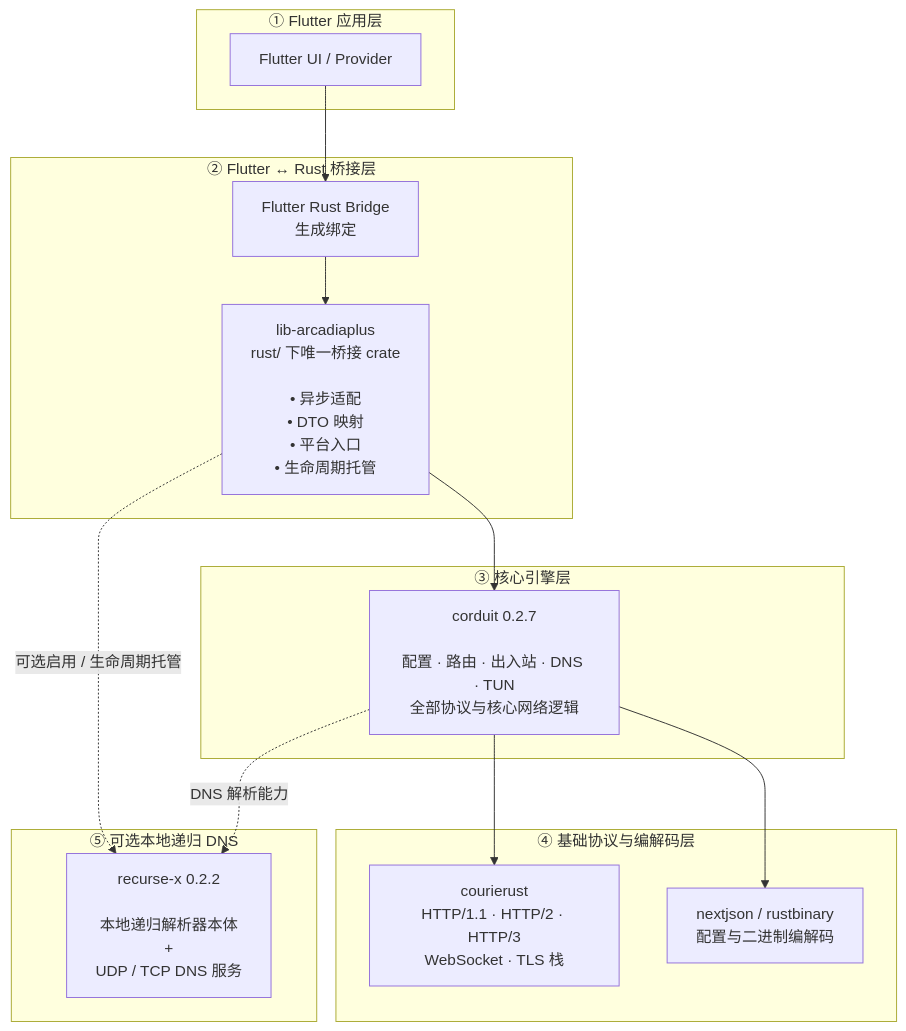
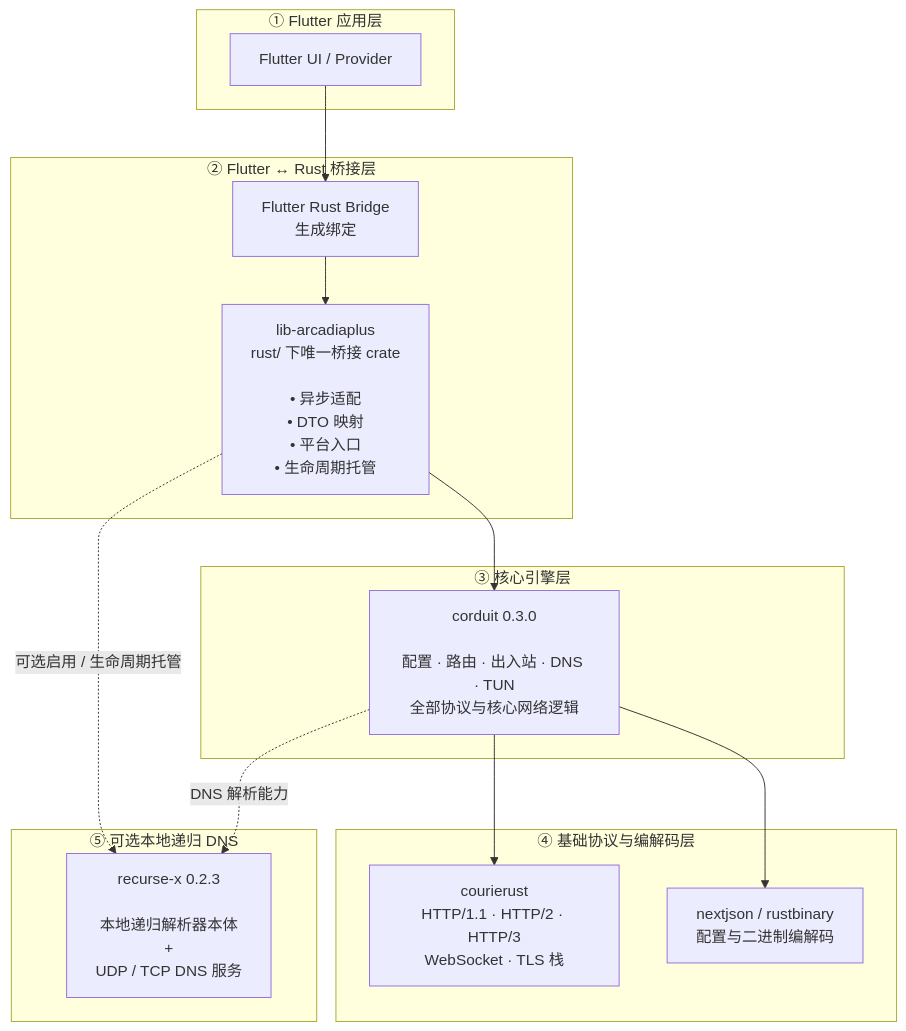
One commit to blueokanna/ArcadiaPlus changed the diagram in README.md. Above: the diagram before and after it, drawn with Mermaid. The commit also changed other lines of this file and 48 other files, not shown here.

````diff
--- a/README.md
+++ b/README.md
@@ -158,53 +158,53 @@
 ```mermaid
 flowchart TB
     %% =========================
     %% UI Layer
     %% =========================
     subgraph UI["① Flutter 应用层"]
         FLUTTER["Flutter UI / Provider"]
     end
 
     %% =========================
     %% Bridge Layer
     %% =========================
     subgraph BRIDGE["② Flutter ↔ Rust 桥接层"]
         FRB["Flutter Rust Bridge<br/>生成绑定"]
         ARC["lib-arcadiaplus<br/>rust/ 下唯一桥接 crate<br/><br/>• 异步适配<br/>• DTO 映射<br/>• 平台入口<br/>• 生命周期托管"]
     end
 
     %% =========================
     %% Engine Layer
     %% =========================
     subgraph ENGINE["③ 核心引擎层"]
-        CORDUIT["corduit 0.2.7<br/><br/>配置 · 路由 · 出入站 · DNS · TUN<br/>全部协议与核心网络逻辑"]
+        CORDUIT["corduit 0.3.0<br/><br/>配置 · 路由 · 出入站 · DNS · TUN<br/>全部协议与核心网络逻辑"]
     end
 
     %% =========================
     %% Foundation Layer
     %% =========================
     subgraph FOUNDATION["④ 基础协议与编解码层"]
         COURIER["courierust<br/>HTTP/1.1 · HTTP/2 · HTTP/3<br/>WebSocket · TLS 栈"]
 
         CODEC["nextjson / rustbinary<br/>配置与二进制编解码"]
     end
 
     %% =========================
     %% Optional DNS Resolver
     %% =========================
     subgraph OPTIONAL["⑤ 可选本地递归 DNS"]
-        RECURSE["recurse-x 0.2.2<br/><br/>本地递归解析器本体<br/>+<br/>UDP / TCP DNS 服务"]
+        RECURSE["recurse-x 0.2.3<br/><br/>本地递归解析器本体<br/>+<br/>UDP / TCP DNS 服务"]
     end
 
     %% Main call path
     FLUTTER --> FRB
     FRB --> ARC
     ARC --> CORDUIT
 
     %% Engine dependencies
     CORDUIT --> COURIER
     CORDUIT --> CODEC
 
     %% Optional resolver lifecycle / integration
     ARC -. "可选启用 / 生命周期托管" .-> RECURSE
     CORDUIT -. "DNS 解析能力" .-> RECURSE
 ```
````
